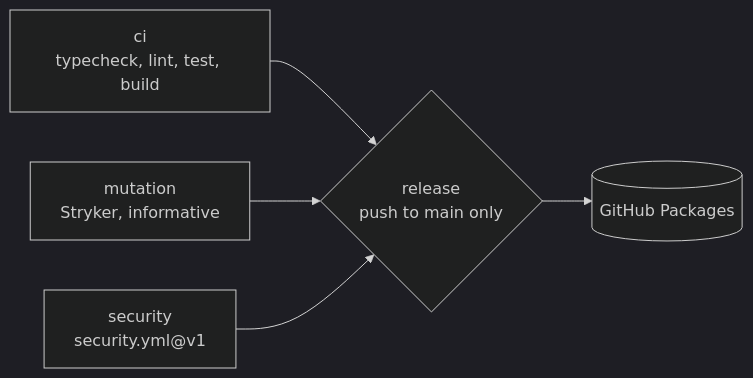
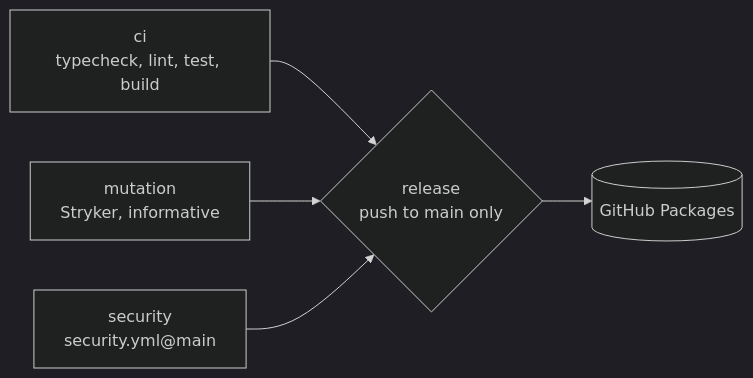
One commit to skylabs-digital/.github changed the diagram in docs/public/lib-release.md. Above: the diagram before and after it, drawn with Mermaid (dark theme). The commit also changed other lines of this file and 8 other files, not shown here.

First line of the commit message:
ci(security): consume security.yml at @main, like every other reusable (#54)

````diff
--- a/docs/public/lib-release.md
+++ b/docs/public/lib-release.md
@@ -12,7 +12,7 @@
 ```mermaid
 flowchart LR
     CI["ci<br/>typecheck, lint, test, build"] --> R{"release<br/>push to main only"}
     MU["mutation<br/>Stryker, informative"] --> R
-    SEC["security<br/>security.yml@v1"] --> R
+    SEC["security<br/>security.yml@main"] --> R
     R --> P[("GitHub Packages")]
 ```
````
